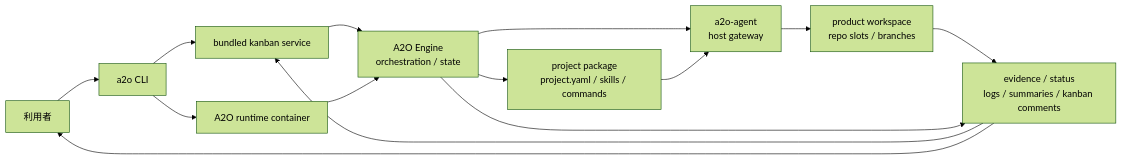
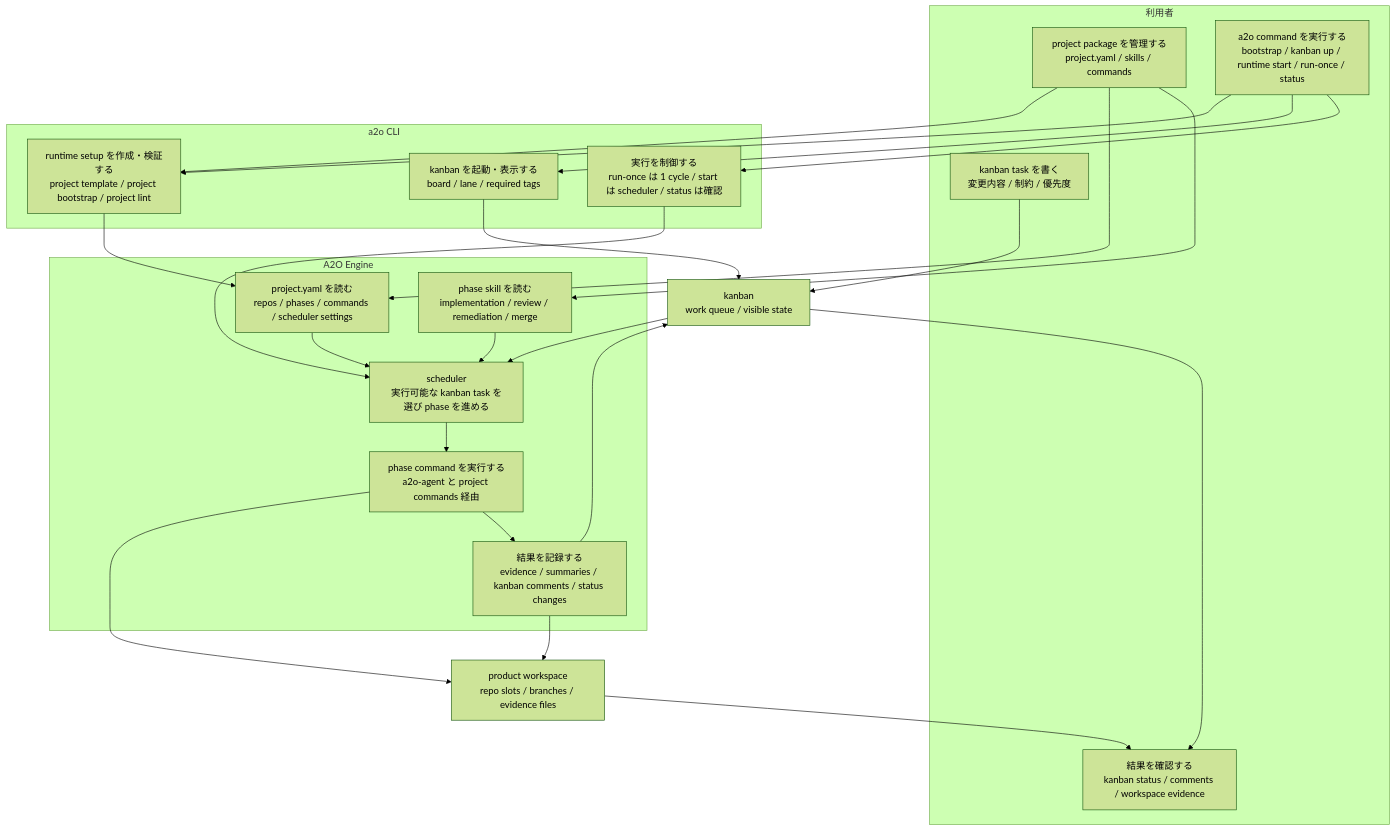
The diagram in docs/ja/dev/00-design-map.md (wamukat/a2o), drawn with Mermaid (forest theme) before and after one commit. The commit also changed other lines of this file and 1 other file, not shown here.

Commit message:
A2O#84 Refocus architecture diagram

````diff
--- a/docs/ja/dev/00-design-map.md
+++ b/docs/ja/dev/00-design-map.md
@@ -14,26 +14,47 @@
 ```mermaid
-flowchart LR
-  User["利用者"]
-  CLI["a2o CLI"]
-  Kanban["bundled kanban service"]
-  Runtime["A2O runtime container"]
-  Engine["A2O Engine\norchestration / state"]
-  Agent["a2o-agent\nhost gateway"]
-  Package["project package\nproject.yaml / skills / commands"]
-  Workspace["product workspace\nrepo slots / branches"]
-  Evidence["evidence / status\nlogs / summaries / kanban comments"]
+flowchart TB
+  subgraph User["利用者"]
+    Task["kanban task を書く\n変更内容 / 制約 / 優先度"]
+    Package["project package を管理する\nproject.yaml / skills / commands"]
+    Command["a2o command を実行する\nbootstrap / kanban up / runtime start / run-once / status"]
+    Observe["結果を確認する\nkanban status / comments / workspace evidence"]
+  end
 
-  User --> CLI
-  CLI --> Kanban
-  CLI --> Runtime
-  Kanban --> Engine
-  Runtime --> Engine
-  Engine --> Package
-  Engine --> Agent
-  Agent --> Workspace
-  Package --> Agent
-  Workspace --> Evidence
-  Engine --> Evidence
-  Evidence --> Kanban
-  Evidence --> User
+  subgraph CLI["a2o CLI"]
+    Bootstrap["runtime setup を作成・検証する\nproject template / project bootstrap / project lint"]
+    KanbanOps["kanban を起動・表示する\nboard / lane / required tags"]
+    RuntimeOps["実行を制御する\nrun-once は 1 cycle / start は scheduler / status は確認"]
+  end
+
+  subgraph Engine["A2O Engine"]
+    Config["project.yaml を読む\nrepos / phases / commands / scheduler settings"]
+    SkillUse["phase skill を読む\nimplementation / review / remediation / merge"]
+    Scheduler["scheduler\n実行可能な kanban task を選び phase を進める"]
+    Execute["phase command を実行する\na2o-agent と project commands 経由"]
+    Report["結果を記録する\nevidence / summaries / kanban comments / status changes"]
+  end
+
+  Kanban["kanban\nwork queue / visible state"]
+  Workspace["product workspace\nrepo slots / branches / evidence files"]
+
+  Task --> Kanban
+  Package --> Bootstrap
+  Command --> Bootstrap
+  Command --> KanbanOps
+  Command --> RuntimeOps
+  Bootstrap --> Config
+  KanbanOps --> Kanban
+  RuntimeOps --> Scheduler
+  Kanban --> Scheduler
+  Config --> Scheduler
+  SkillUse --> Scheduler
+  Package --> Config
+  Package --> SkillUse
+  Scheduler --> Execute
+  Execute --> Workspace
+  Execute --> Report
+  Report --> Workspace
+  Report --> Kanban
+  Kanban --> Observe
+  Workspace --> Observe
 ```
````
